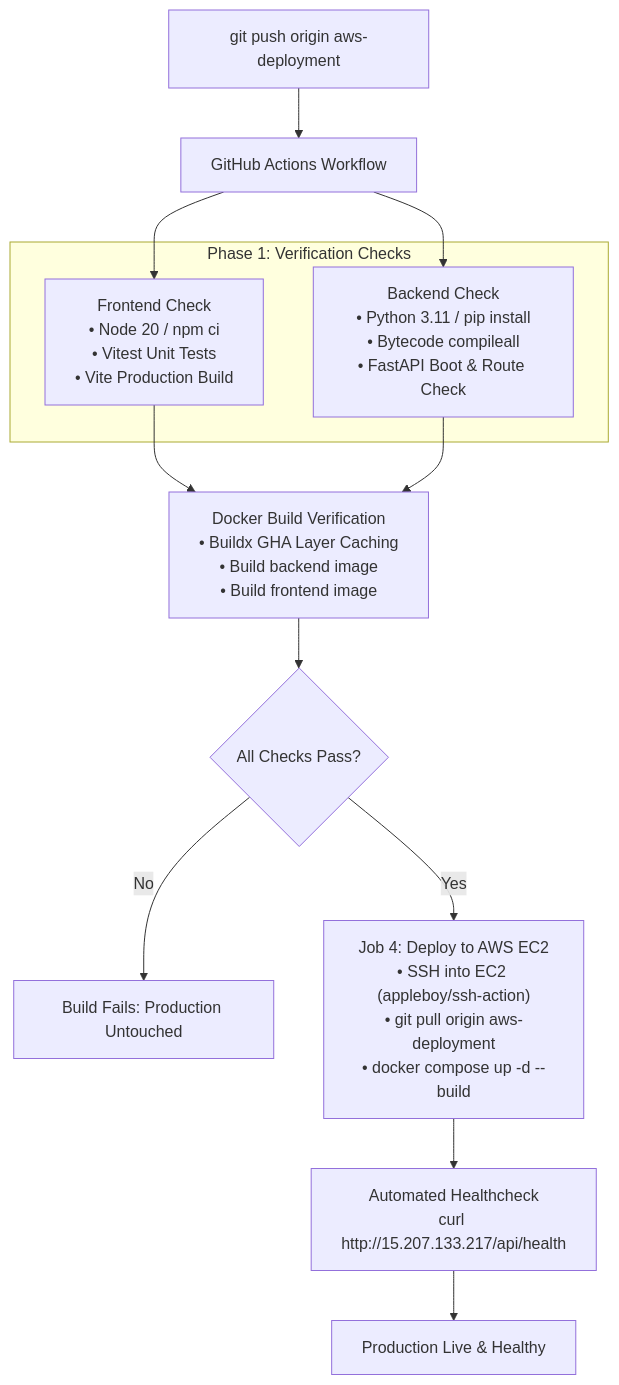
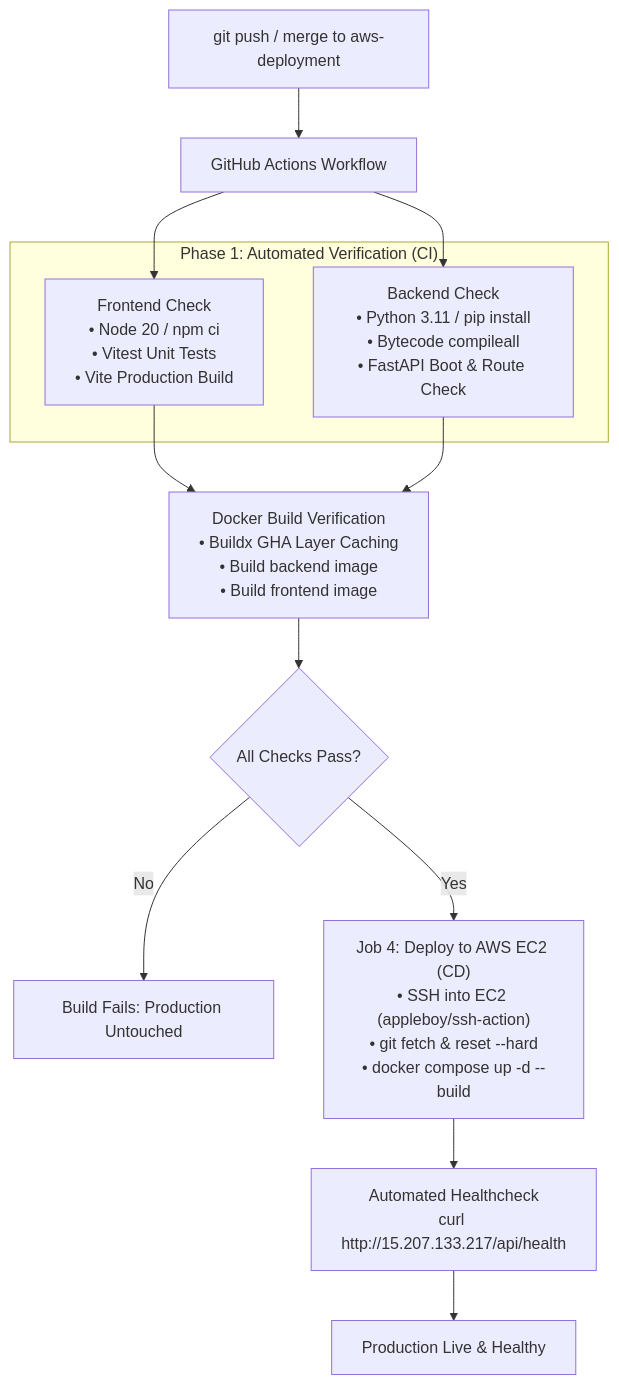
One commit to Aditya1026-05/poultry changed the third of 3 diagrams in README.md. Above: the diagram before and after it, drawn with Mermaid. The commit also changed other lines of this file, not shown here.

Commit message:
docs: add detailed CI/CD jobs breakdown and developer workflow guide

````diff
--- a/README.md
+++ b/README.md
@@ -191,21 +191,21 @@
 ```mermaid
 flowchart TD
-    Push["git push origin aws-deployment"] --> CI["GitHub Actions Workflow"]
+    Push["git push / merge to aws-deployment"] --> CI["GitHub Actions Workflow"]
     
-    subgraph Parallel_Checks ["Phase 1: Verification Checks"]
+    subgraph Parallel_Checks ["Phase 1: Automated Verification (CI)"]
         Job1["Frontend Check\n• Node 20 / npm ci\n• Vitest Unit Tests\n• Vite Production Build"]
         Job2["Backend Check\n• Python 3.11 / pip install\n• Bytecode compileall\n• FastAPI Boot & Route Check"]
     end
 
     CI --> Job1
     CI --> Job2
     Job1 --> Job3["Docker Build Verification\n• Buildx GHA Layer Caching\n• Build backend image\n• Build frontend image"]
     Job2 --> Job3
 
     Job3 --> Gate{"All Checks Pass?"}
     Gate -- No --> Halt["Build Fails: Production Untouched"]
-    Gate -- Yes --> Deploy["Job 4: Deploy to AWS EC2\n• SSH into EC2 (appleboy/ssh-action)\n• git pull origin aws-deployment\n• docker compose up -d --build"]
+    Gate -- Yes --> Deploy["Job 4: Deploy to AWS EC2 (CD)\n• SSH into EC2 (appleboy/ssh-action)\n• git fetch & reset --hard\n• docker compose up -d --build"]
     
     Deploy --> Health["Automated Healthcheck\ncurl http://15.207.133.217/api/health"]
     Health --> Live["Production Live & Healthy"]
 ```
````
